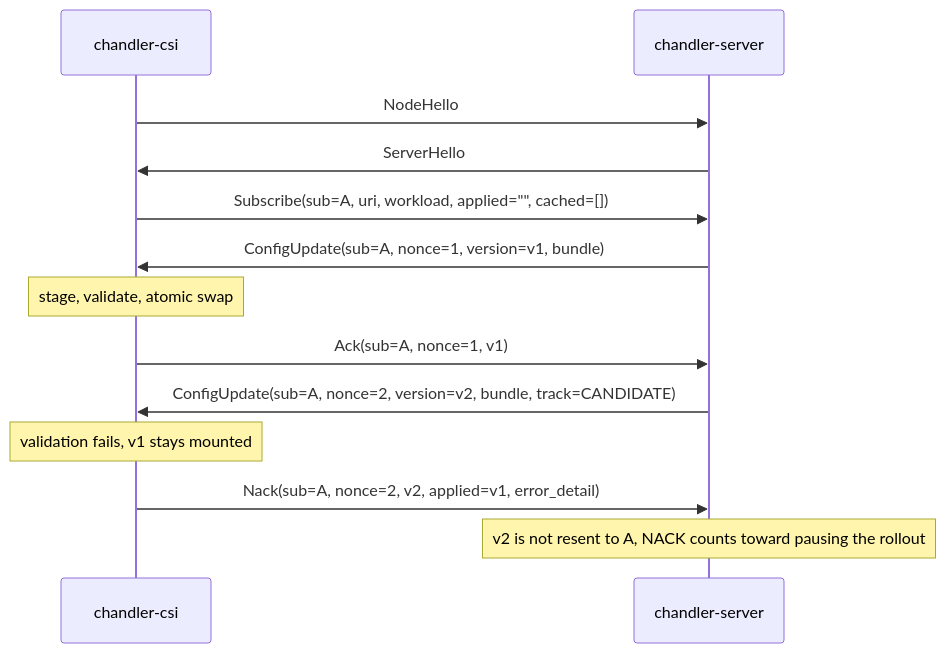
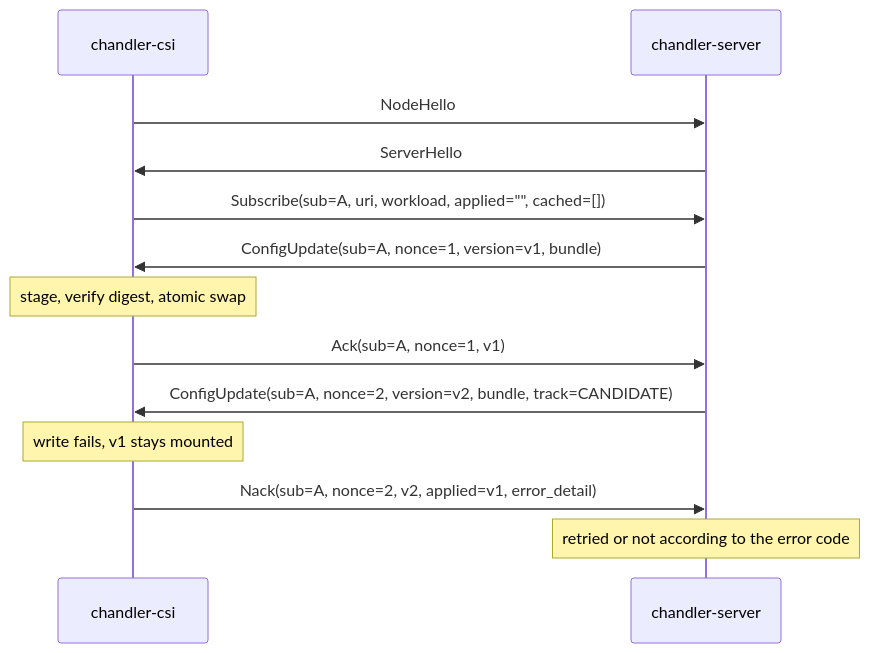
One commit to bpalermo/chandler changed the second of 4 diagrams in docs/design.md. Above: the diagram before and after it, drawn with Mermaid. The commit also changed other lines of this file and 8 other files, not shown here.

````diff
--- a/docs/design.md
+++ b/docs/design.md
@@ -166,15 +174,15 @@
 ```mermaid
 sequenceDiagram
   participant D as chandler-csi
   participant S as chandler-server
   D->>S: NodeHello
   S->>D: ServerHello
   D->>S: Subscribe(sub=A, uri, workload, applied="", cached=[])
   S->>D: ConfigUpdate(sub=A, nonce=1, version=v1, bundle)
-  Note over D: stage, validate, atomic swap
+  Note over D: stage, verify digest, atomic swap
   D->>S: Ack(sub=A, nonce=1, v1)
   S->>D: ConfigUpdate(sub=A, nonce=2, version=v2, bundle, track=CANDIDATE)
-  Note over D: validation fails, v1 stays mounted
+  Note over D: write fails, v1 stays mounted
   D->>S: Nack(sub=A, nonce=2, v2, applied=v1, error_detail)
-  Note over S: v2 is not resent to A, NACK counts toward pausing the rollout
+  Note over S: retried or not according to the error code
 ```
````
